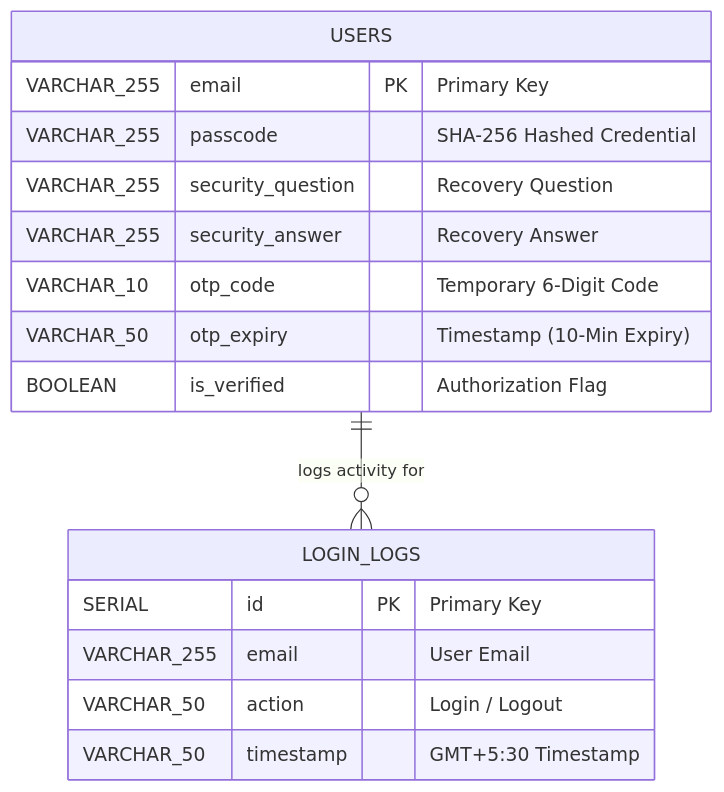
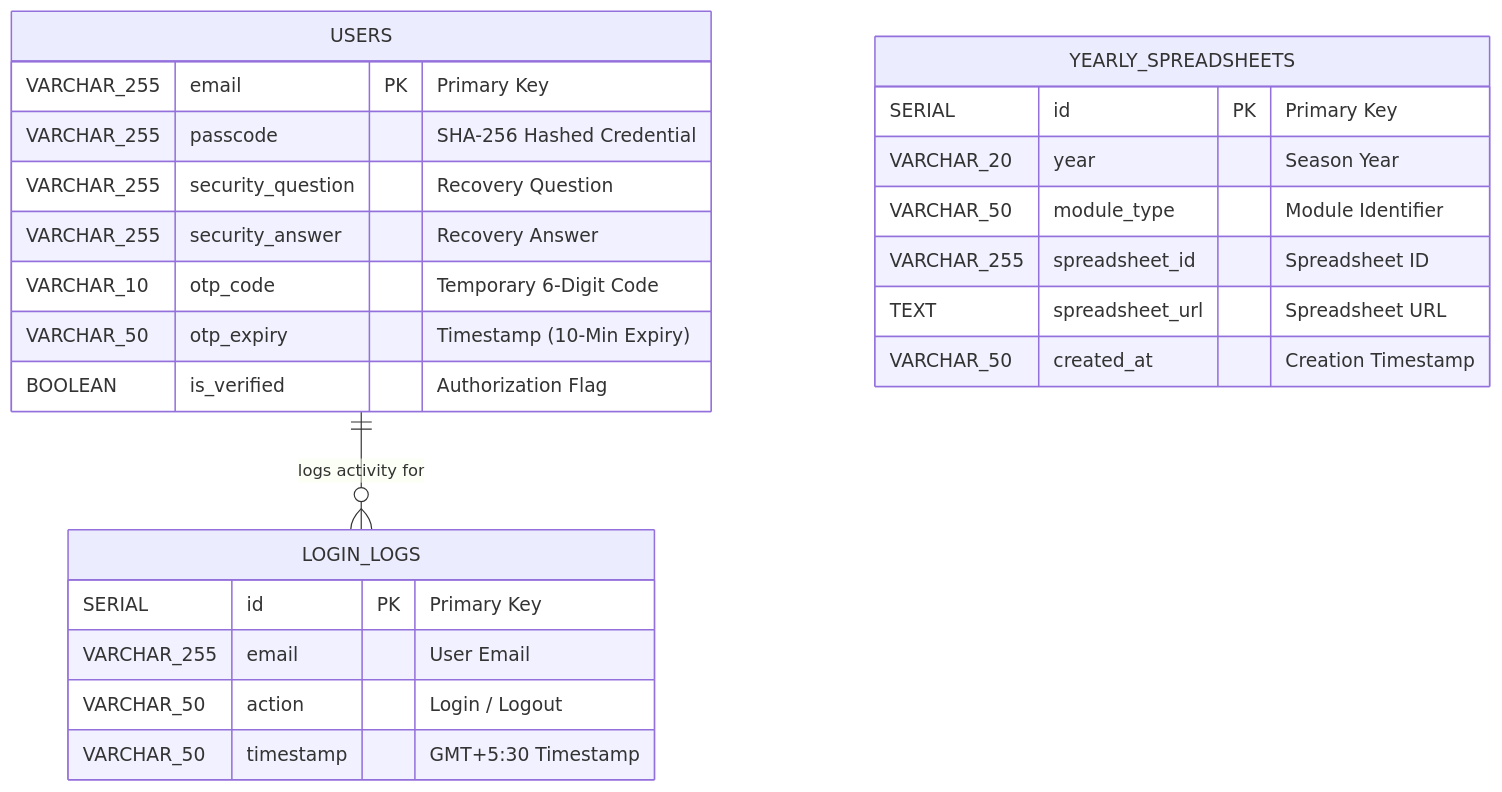
The fourth of 4 diagrams in README.md (Abhijit12322/ieee_financial_system), drawn with Mermaid before and after one commit. The commit also changed other lines of this file and 5 other files, not shown here.

````diff
--- a/README.md
+++ b/README.md
@@ -90,21 +90,30 @@
 ```mermaid
 erDiagram
     USERS {
         VARCHAR_255 email PK "Primary Key"
         VARCHAR_255 passcode "SHA-256 Hashed Credential"
         VARCHAR_255 security_question "Recovery Question"
         VARCHAR_255 security_answer "Recovery Answer"
         VARCHAR_10 otp_code "Temporary 6-Digit Code"
         VARCHAR_50 otp_expiry "Timestamp (10-Min Expiry)"
         BOOLEAN is_verified "Authorization Flag"
     }
 
     LOGIN_LOGS {
         SERIAL id PK "Primary Key"
         VARCHAR_255 email "User Email"
         VARCHAR_50 action "Login / Logout"
         VARCHAR_50 timestamp "GMT+5:30 Timestamp"
     }
 
+    YEARLY_SPREADSHEETS {
+        SERIAL id PK "Primary Key"
+        VARCHAR_20 year "Season Year"
+        VARCHAR_50 module_type "Module Identifier"
+        VARCHAR_255 spreadsheet_id "Spreadsheet ID"
+        TEXT spreadsheet_url "Spreadsheet URL"
+        VARCHAR_50 created_at "Creation Timestamp"
+    }
+
     USERS ||--o{ LOGIN_LOGS : "logs activity for"
 ```
````
